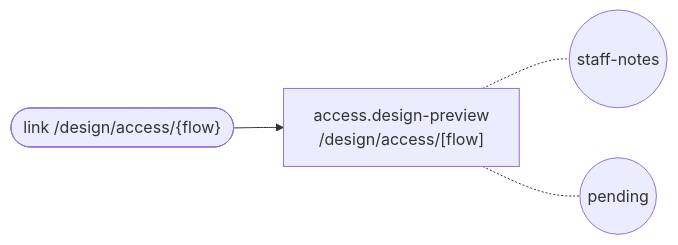
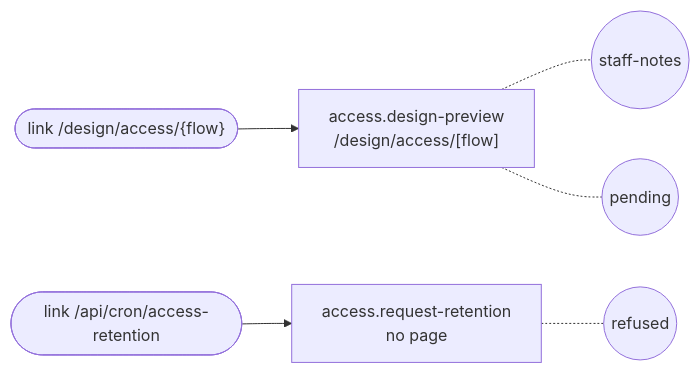
The diagram in docs/feature-maps/access.md (SebastianGarces/everyfield), drawn with Mermaid before and after one commit. The commit also changed other lines of this file and 7 other files, not shown here.

First line of the commit message:
Feature maps: map /api/health, /api/webhooks/resend and /api/cron/access-retention (R-08, rule 8)

````diff
--- a/docs/feature-maps/access.md
+++ b/docs/feature-maps/access.md
@@ -6,8 +6,12 @@
 ```mermaid
 flowchart LR
   s0_link0(["link /design/access/{flow}"])
+  s1_link0(["link /api/cron/access-retention"])
   s0["access.design-preview<br/>/design/access/[flow]"]
   s0_link0 --> s0
   s0 -.- s0_st0(("staff-notes"))
   s0 -.- s0_st1(("pending"))
+  s1["access.request-retention<br/>no page"]
+  s1_link0 --> s1
+  s1 -.- s1_st0(("refused"))
 ```
````
